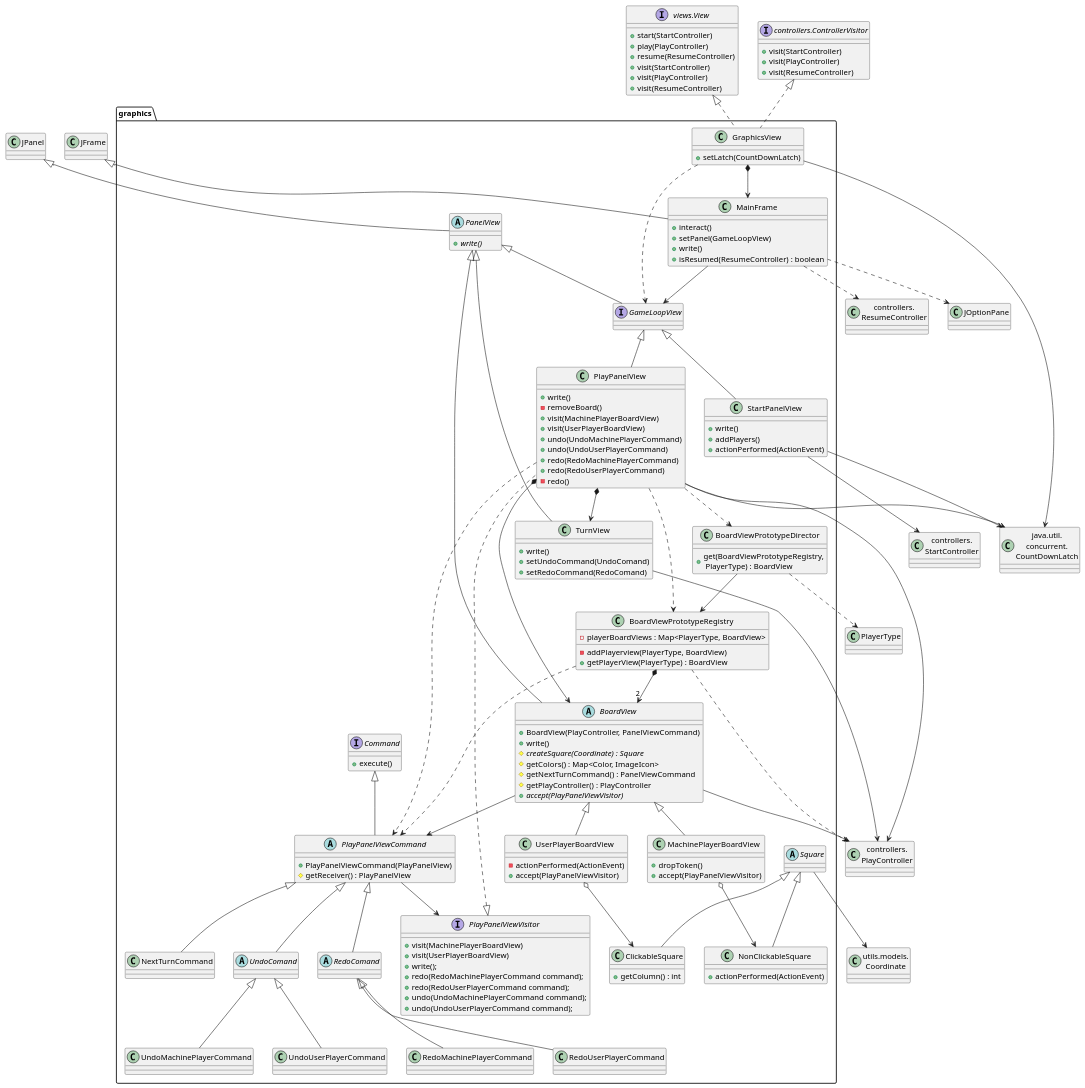
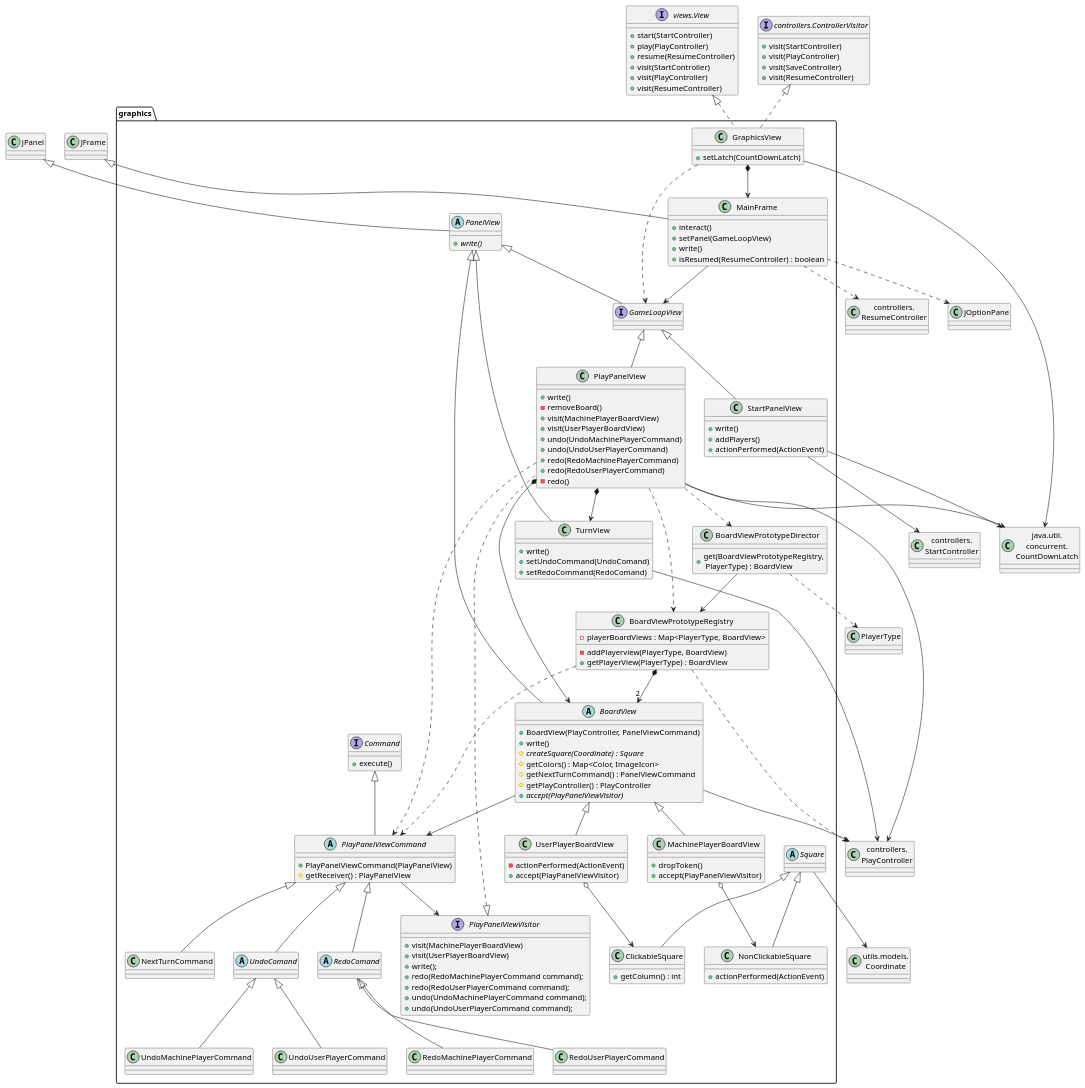
One commit to js-rom/connect4 changed the diagram in connect4/Docs/diagrams/src/packages/connect4.connect4.views.graphics.plantuml. Above: the diagram before and after it, drawn with PlantUML.

Commit message:
feat: add save controller (acceptor controller) to core, implementation and proxies, update ControllerVisitor and implements new methods in views implementing ControllerVisitor #8

```diff
--- a/connect4/Docs/diagrams/src/packages/connect4.connect4.views.graphics.plantuml
+++ b/connect4/Docs/diagrams/src/packages/connect4.connect4.views.graphics.plantuml
@@ -1,185 +1,186 @@
 @startuml connect4.connect4.views.graphics
 class graphics.GraphicsView {
     +setLatch(CountDownLatch)
 }
 
 class CountDownLatch as "java.util.\nconcurrent.\nCountDownLatch"
 class graphics.MainFrame{
      +interact()
     +setPanel(GameLoopView)
     +write()
     +isResumed(ResumeController) : boolean
 }
 abstract class graphics.PanelView {
     + {abstract} write()
 }
 interface graphics.GameLoopView
 class graphics.StartPanelView {
     +write()
     +addPlayers()
     +actionPerformed(ActionEvent)
 }
 
 class graphics.PlayPanelView{
     +write()
     -removeBoard()
     +visit(MachinePlayerBoardView)
     +visit(UserPlayerBoardView)
     +undo(UndoMachinePlayerCommand)
     +undo(UndoUserPlayerCommand)
     +redo(RedoMachinePlayerCommand)
     +redo(RedoUserPlayerCommand)
     -redo()
 }
 
 interface graphics.PlayPanelViewVisitor {
     +visit(MachinePlayerBoardView)
     +visit(UserPlayerBoardView)
     +write();
     +redo(RedoMachinePlayerCommand command);
     +redo(RedoUserPlayerCommand command);
     +undo(UndoMachinePlayerCommand command);
     +undo(UndoUserPlayerCommand command);
 }
 
 abstract class graphics.BoardView {
     + BoardView(PlayController, PanelViewCommand)
     + write()
     #  {abstract}  createSquare(Coordinate) : Square
     # getColors() : Map<Color, ImageIcon>
     # getNextTurnCommand() : PanelViewCommand
     # getPlayController() : PlayController
     +  {abstract}  accept(PlayPanelViewVisitor)
 }
 class graphics.BoardViewPrototypeDirector{
     +get(BoardViewPrototypeRegistry,\n PlayerType) : BoardView
 }
 class graphics.BoardViewPrototypeRegistry{
     -playerBoardViews : Map<PlayerType, BoardView> 
     -addPlayerview(PlayerType, BoardView)
     +getPlayerView(PlayerType) : BoardView
 }
 interface graphics.Command {
     +execute()
 }
 abstract class graphics.PlayPanelViewCommand {
     +PlayPanelViewCommand(PlayPanelView)
     #getReceiver() : PlayPanelView
 }
 class graphics.MachinePlayerBoardView {
     +dropToken()
     +accept(PlayPanelViewVisitor)
 }
 class graphics.UserPlayerBoardView{
     -actionPerformed(ActionEvent)
     +accept(PlayPanelViewVisitor)
 }
 
 class graphics.NextTurnCommand
 abstract class graphics.Square
 class graphics.ClickableSquare {
     + getColumn() : int
 }
 class graphics.NonClickableSquare {
     + actionPerformed(ActionEvent)
 }
 class graphics.TurnView{
     +write()
     +setUndoCommand(UndoComand)
     +setRedoCommand(RedoComand)
 }
 abstract class graphics.PanelView
 class StartController as "controllers.\nStartController"
 class PlayController as "controllers.\nPlayController"
 class ResumeController as "controllers.\nResumeController"
 class Coordinate as "utils.models.\nCoordinate"
 interface View as "views.View"{
     +start(StartController)
     +play(PlayController)
     +resume(ResumeController)
     +visit(StartController)
     +visit(PlayController)
     +visit(ResumeController)
 }
 
 interface ControllerVisitor as "controllers.ControllerVisitor" {
     +visit(StartController)
     +visit(PlayController)
+    +visit(SaveController)
     +visit(ResumeController)
 }
 
 abstract class graphics.UndoComand
 abstract class graphics.RedoComand
 class graphics.RedoMachinePlayerCommand {}
 class graphics.UndoMachinePlayerCommand {}
 class graphics.RedoUserPlayerCommand {}
 class graphics.UndoUserPlayerCommand {}
 
 
 GraphicsView --> CountDownLatch
 class JFrame
 JFrame <|-- MainFrame
 GraphicsView *--> MainFrame
 
 
 StartPanelView --> StartController
 StartPanelView --> CountDownLatch
 PlayPanelView --> PlayController
 PlayPanelView --> CountDownLatch
 BoardView --> PlayController
 TurnView --> PlayController
 MainFrame ..> ResumeController
 
 
 View <|.. GraphicsView
 ControllerVisitor <|.. GraphicsView
 
 class JOptionPane
 MainFrame ..> JOptionPane
 
 JPanel <|-- PanelView
 PanelView <|-- GameLoopView
 GameLoopView <|-- StartPanelView
 GameLoopView <|-- PlayPanelView
 PlayPanelViewVisitor <|.. PlayPanelView
 PanelView <|-- BoardView
 PanelView <|-- TurnView
 
 GraphicsView ..> GameLoopView
 MainFrame --> GameLoopView
 
 PlayPanelView *--> BoardView
 PlayPanelView *--> TurnView
 PlayPanelView ..> BoardViewPrototypeRegistry
 PlayPanelView ..> BoardViewPrototypeDirector
 
 BoardViewPrototypeDirector --> BoardViewPrototypeRegistry
 BoardViewPrototypeDirector ..> PlayerType
 BoardViewPrototypeRegistry ..> PlayController
 BoardViewPrototypeRegistry ..> PlayPanelViewCommand
 BoardViewPrototypeRegistry *--> "2"BoardView
 
 
 PlayPanelView ..> PlayPanelViewCommand
 PlayPanelViewCommand --> PlayPanelViewVisitor
 
 Command <|-- PlayPanelViewCommand
 PlayPanelViewCommand <|-- NextTurnCommand
 PlayPanelViewCommand <|-- UndoComand
 PlayPanelViewCommand <|-- RedoComand
 UndoComand <|-- UndoMachinePlayerCommand
 UndoComand <|-- UndoUserPlayerCommand
 RedoComand <|-- RedoMachinePlayerCommand
 RedoComand <|-- RedoUserPlayerCommand
 
 
 BoardView <|-- MachinePlayerBoardView
 BoardView <|-- UserPlayerBoardView
 MachinePlayerBoardView o--> NonClickableSquare
 UserPlayerBoardView o--> ClickableSquare
 Square <|-- ClickableSquare
 Square <|-- NonClickableSquare
 BoardView --> PlayPanelViewCommand
 
 Square --> Coordinate
 @enduml
```
